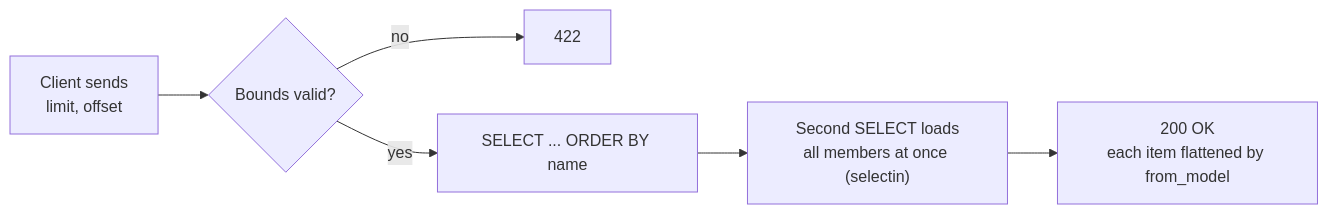
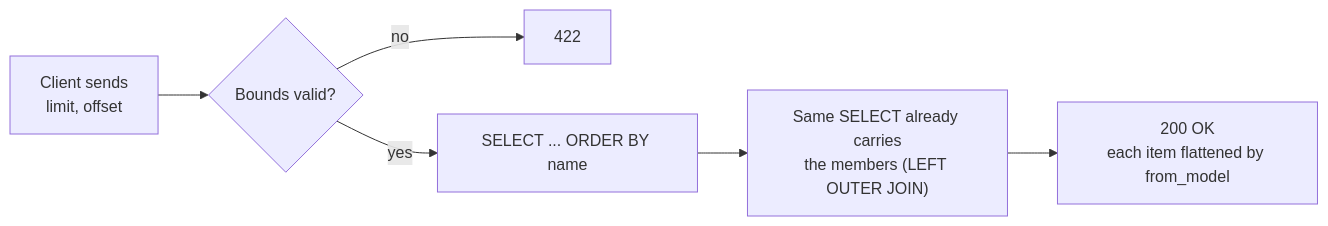
One commit to dolevol/data_leak_prevention changed the seventh of 18 diagrams in docs/ARCHITECTURE.md. Above: the diagram before and after it, drawn with Mermaid. The commit also changed other lines of this file and 13 other files, not shown here.

````diff
--- a/docs/ARCHITECTURE.md
+++ b/docs/ARCHITECTURE.md
@@ -100,8 +100,8 @@
 ```mermaid
 flowchart LR
     A["Client sends<br/>limit, offset"] --> B{"Bounds valid?"}
     B -- "no" --> B1["422"]
     B -- "yes" --> C["SELECT ... ORDER BY name"]
-    C --> D["Second SELECT loads<br/>all members at once (selectin)"]
+    C --> D["Same SELECT already carries<br/>the members (LEFT OUTER JOIN)"]
     D --> E["200 OK<br/>each item flattened by from_model"]
 ```
````
